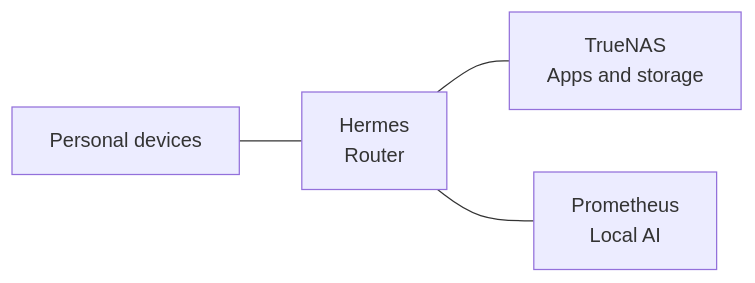
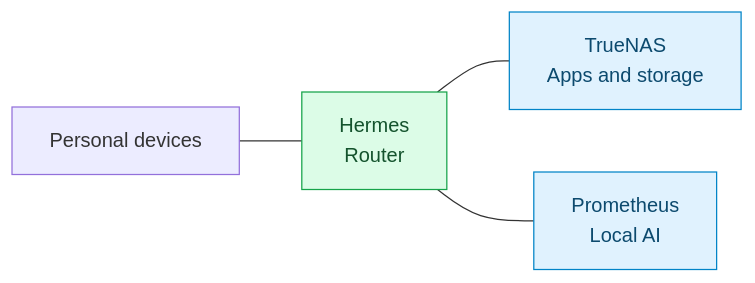
Before and after one commit to AldogPlays/Homelab: the diagram in README.md, drawn with Mermaid. The commit also changed other lines of this file and 10 other files, not shown here.

````diff
--- a/README.md
+++ b/README.md
@@ -9,6 +11,11 @@
 ```mermaid
 flowchart LR
     Devices["Personal devices"] --- Router["Hermes<br/>Router"]
     Router --- NAS["TrueNAS<br/>Apps and storage"]
     Router --- AI["Prometheus<br/>Local AI"]
+
+    classDef host fill:#e0f2fe,stroke:#0284c7,color:#0c4a6e
+    classDef router fill:#dcfce7,stroke:#16a34a,color:#14532d
+    class NAS,AI host
+    class Router router
 ```
````
